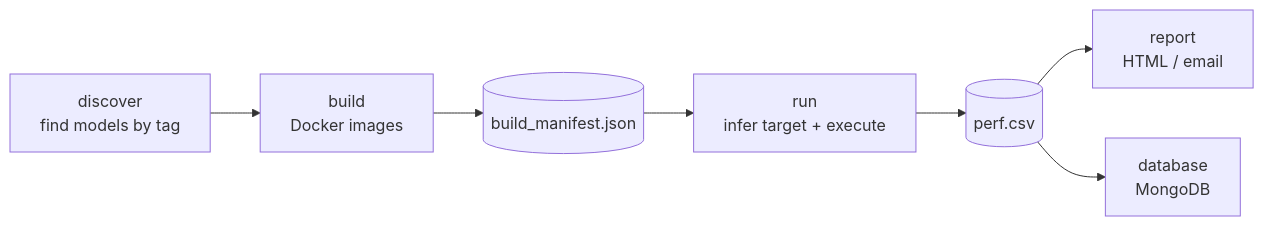
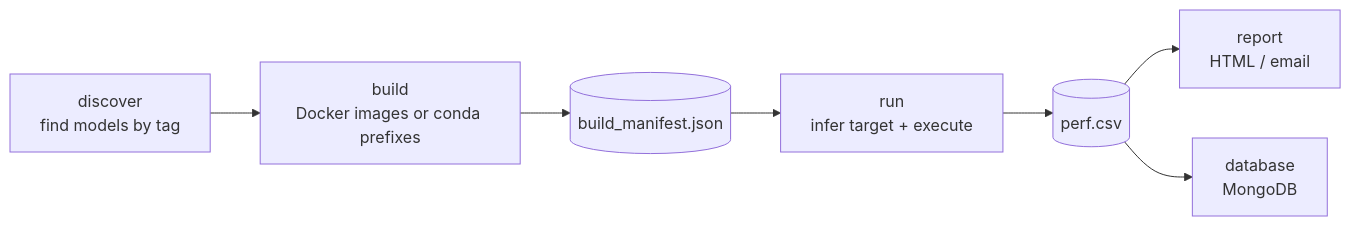
The second of 3 diagrams in README.md (ROCm/madengine), drawn with Mermaid before and after one commit. The commit also changed other lines of this file and 9 other files, not shown here.

````diff
--- a/README.md
+++ b/README.md
@@ -120,9 +126,9 @@
 ```mermaid
 flowchart LR
-    D[discover<br/>find models by tag] --> B[build<br/>Docker images]
+    D[discover<br/>find models by tag] --> B[build<br/>Docker images or conda prefixes]
     B --> M[(build_manifest.json)]
     M --> R[run<br/>infer target + execute]
     R --> P[(perf.csv)]
     P --> RP[report<br/>HTML / email]
     P --> DB[database<br/>MongoDB]
 ```
````
